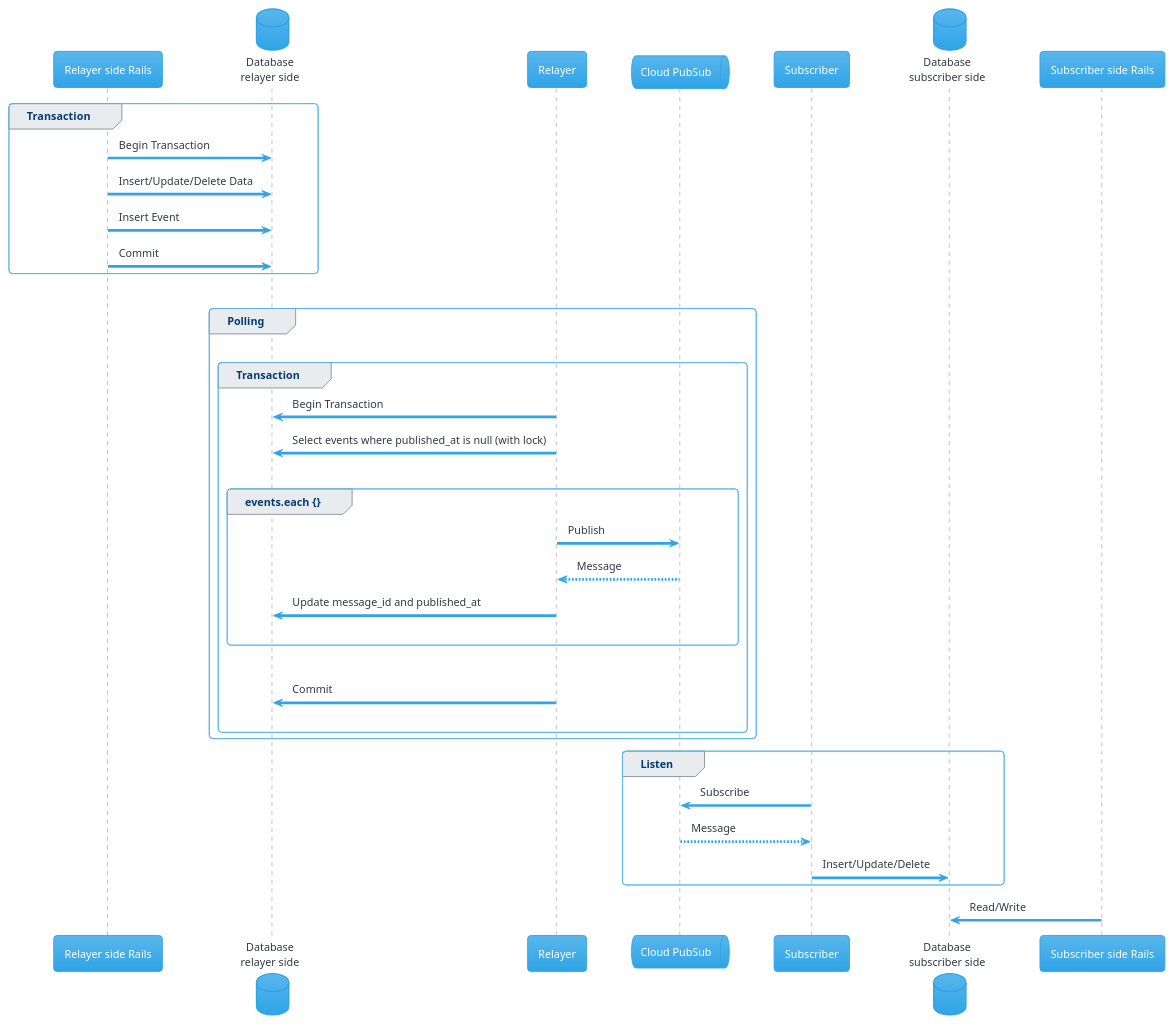
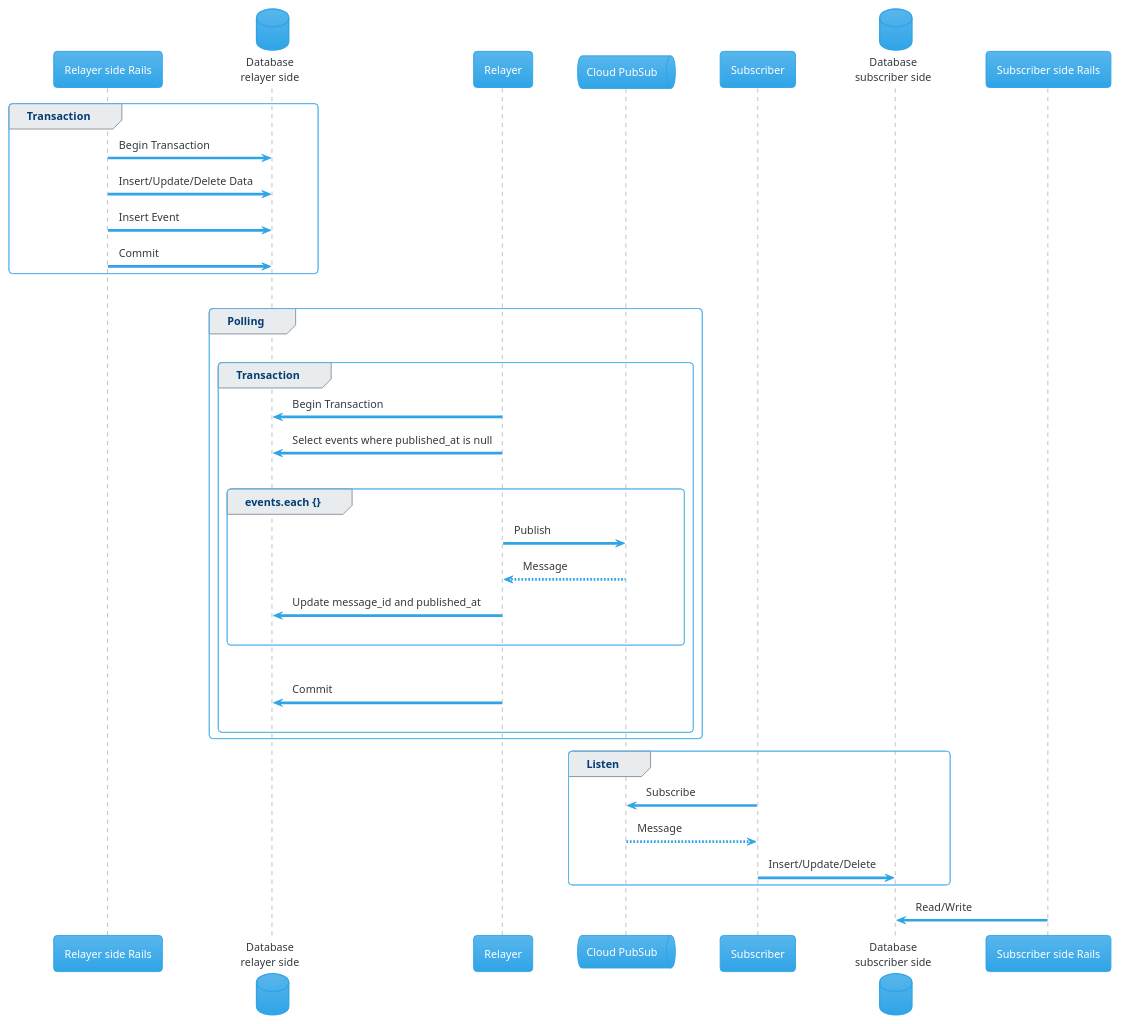
One commit to sarub0b0/trabox changed the diagram in docs/images/sequence-diagram.pu. Above: the diagram before and after it, drawn with PlantUML. The commit also changed 3 other files, not shown here.

Commit message:
docs: add sequence diagram

```diff
--- a/docs/images/sequence-diagram.pu
+++ b/docs/images/sequence-diagram.pu
@@ -1,50 +1,50 @@
 @startuml
 !theme cerulean
 
 
 participant "Relayer side Rails" as RApp order 10
 database "Database\nrelayer side" as RDB order 10
 participant Relayer as Relayer order 20
 queue "Cloud PubSub" as Queue order 30
 participant Subscriber as Subscriber order 40
 database "Database\nsubscriber side" as SDB order 50
 participant "Subscriber side Rails" as SApp order 60
 
 group Transaction
     RApp -> RDB: Begin Transaction
     RApp -> RDB: Insert/Update/Delete Data
     RApp -> RDB: Insert Event
     RApp -> RDB: Commit
 end
 |||
 group Polling
 |||
     group Transaction
         Relayer -> RDB: Begin Transaction
-        Relayer -> RDB: Select events where published_at is null (with lock)
+        Relayer -> RDB: Select events where published_at is null
 |||
         group events.each {}
             Relayer -> Queue: Publish
             return Message
 
             Relayer -> RDB: Update message_id and published_at
 |||
         end
 
 |||
         Relayer -> RDB: Commit
 |||
     end
 
 end
 
 group Listen
     Subscriber -> Queue: Subscribe
     return Message
 
     Subscriber -> SDB: Insert/Update/Delete
 end
 
 SApp -> SDB: Read/Write
 
 @enduml
```
